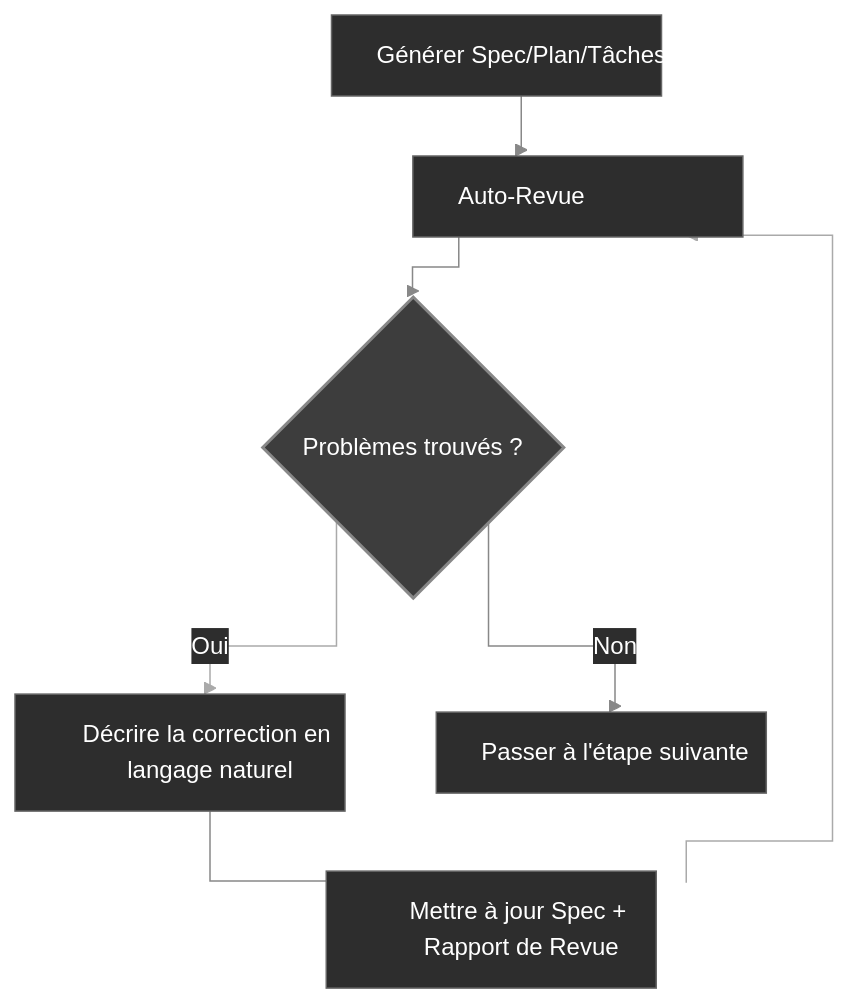
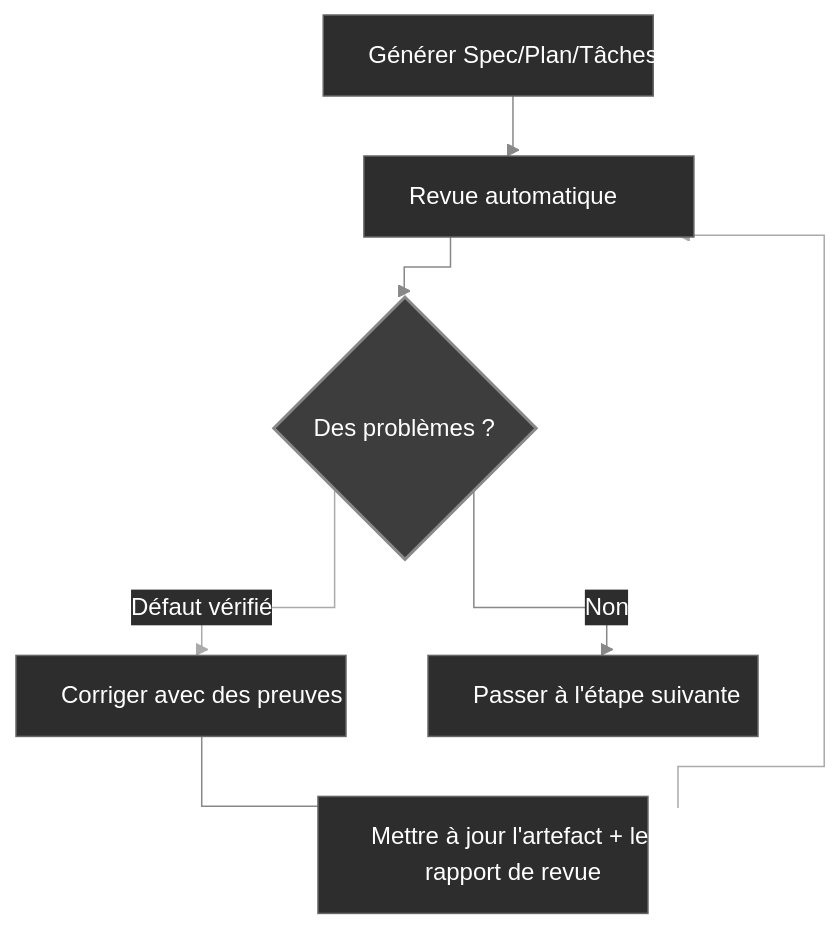
The diagram in README.fr.md (Zts0hg/codexspec), drawn with Mermaid before and after one commit. The commit also changed other lines of this file and 6 other files, not shown here.

````diff
--- a/README.fr.md
+++ b/README.fr.md
@@ -346,31 +348,31 @@
 ```mermaid
 %%{init: {
   'theme': 'base',
   'themeVariables': {
     'lineColor': '#888888',
     'primaryColor': '#2d2d2d',
     'primaryTextColor': '#ffffff',
     'primaryBorderColor': '#666666'
   },
   'flowchart': {
     'curve': 'stepBefore',
     'nodeSpacing': 50,
     'rankSpacing': 40
   }
 }}%%
 flowchart TB
     classDef rectStyle fill:#2d2d2d,stroke:#666,stroke-width:1px,color:#fff,width:220px;
     classDef diamondStyle fill:#3d3d3d,stroke:#888,stroke-width:2px,color:#fff;
 
-    A["Générer Spec/Plan/Tâches"]:::rectStyle --> B["Auto-Revue"]:::rectStyle
-    B --> C{"Problèmes trouvés ?"}:::diamondStyle
+    A["Générer Spec/Plan/Tâches"]:::rectStyle --> B["Revue automatique"]:::rectStyle
+    B --> C{"Des problèmes ?"}:::diamondStyle
 
-    C -->|Oui| D["Décrire la correction en langage naturel"]:::rectStyle
-    D --> E["Mettre à jour Spec + Rapport de Revue"]:::rectStyle
+    C -->|Défaut vérifié| D["Corriger avec des preuves"]:::rectStyle
+    D --> E["Mettre à jour l'artefact + le rapport de revue"]:::rectStyle
 
     E --> B
 
     C -->|Non| F["Passer à l'étape suivante"]:::rectStyle
 
     linkStyle 2,4 stroke:#aaa,stroke-width:1px;
 ```
````
